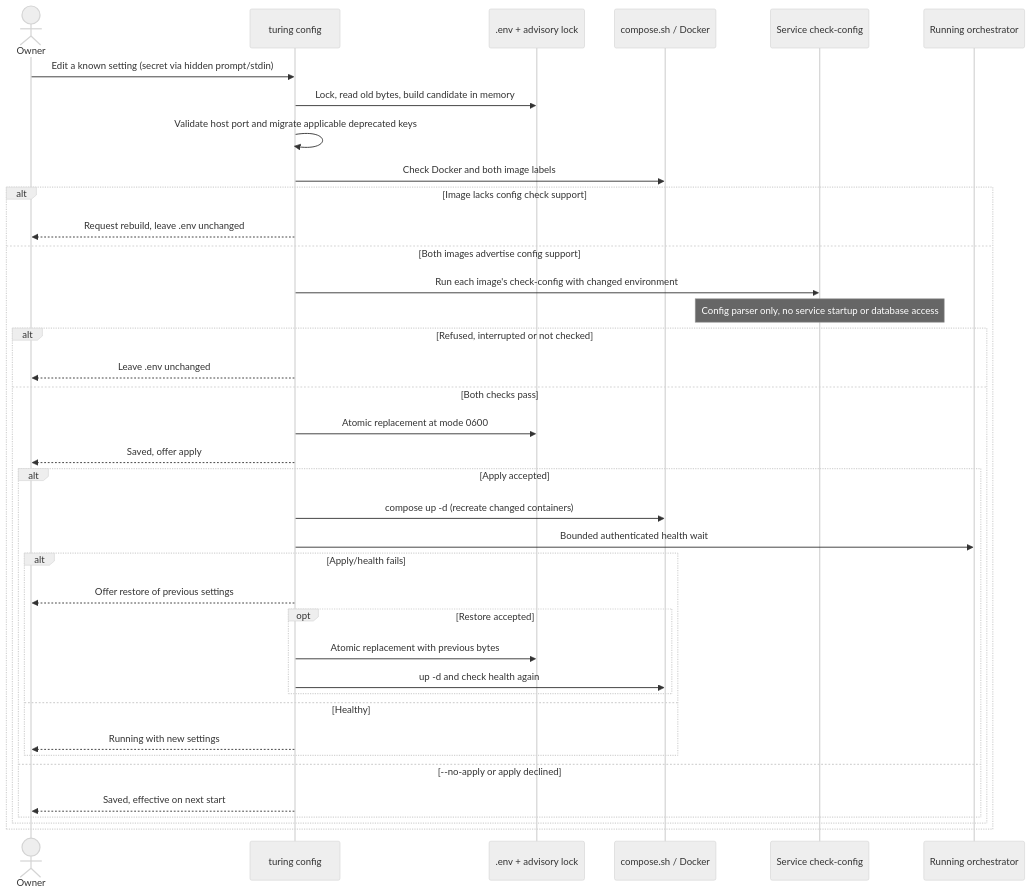
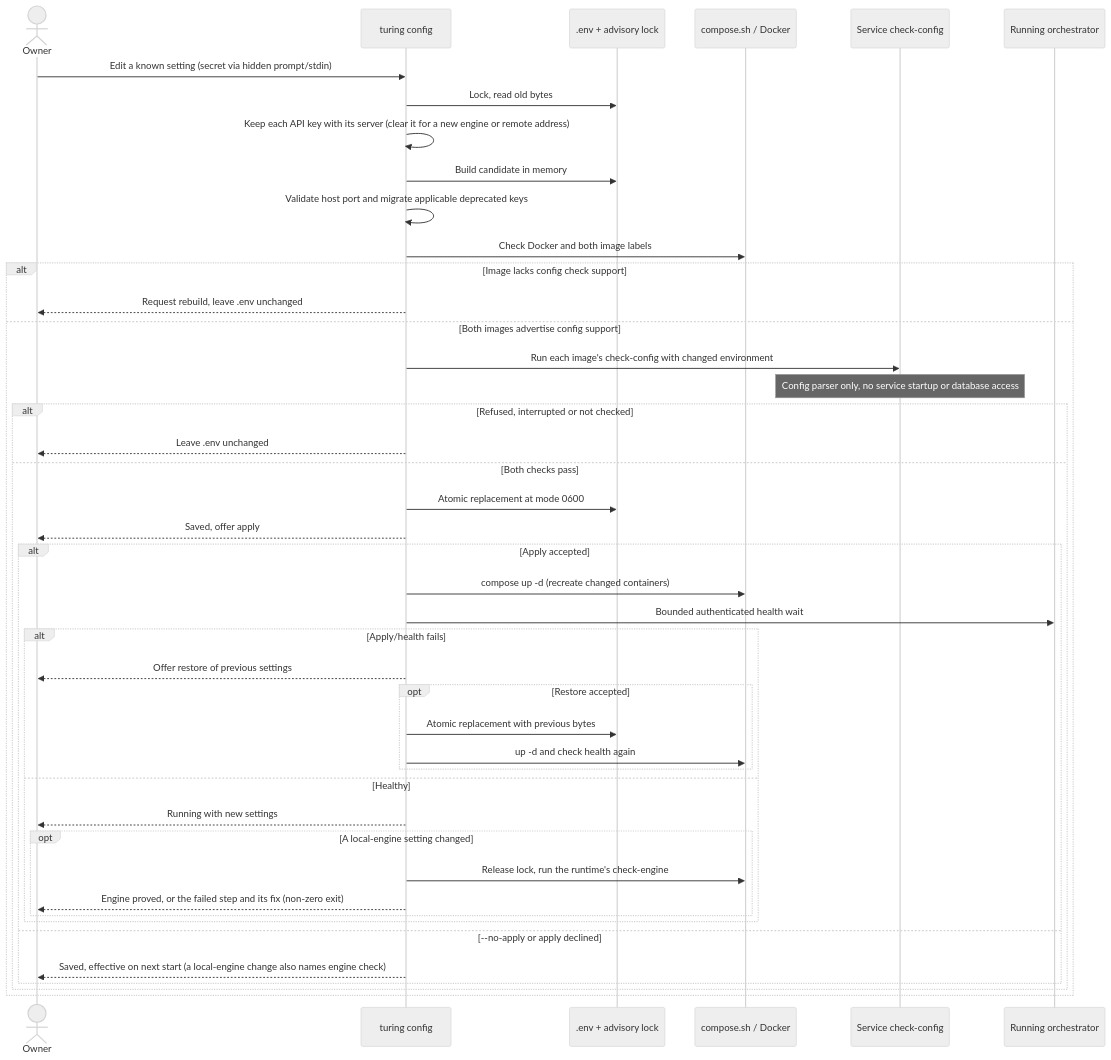
Before and after one commit to mcasillas17/TuringAgent: the second of 5 diagrams in docs/architecture/system-flows.md, drawn with Mermaid (neutral theme). The commit also changed other lines of this file and 10 other files, not shown here.

````diff
--- a/docs/architecture/system-flows.md
+++ b/docs/architecture/system-flows.md
@@ -98,40 +98,46 @@
 ```mermaid
 sequenceDiagram
   actor Owner
   participant CLI as turing config
   participant Env as .env + advisory lock
   participant Docker as compose.sh / Docker
   participant Check as Service check-config
   participant Health as Running orchestrator
   Owner->>CLI: Edit a known setting (secret via hidden prompt/stdin)
-  CLI->>Env: Lock, read old bytes, build candidate in memory
+  CLI->>Env: Lock, read old bytes
+  CLI->>CLI: Keep each API key with its server (clear it for a new engine or remote address)
+  CLI->>Env: Build candidate in memory
   CLI->>CLI: Validate host port and migrate applicable deprecated keys
   CLI->>Docker: Check Docker and both image labels
   alt Image lacks config check support
     CLI-->>Owner: Request rebuild, leave .env unchanged
   else Both images advertise config support
     CLI->>Check: Run each image's check-config with changed environment
     Note over Check: Config parser only, no service startup or database access
     alt Refused, interrupted or not checked
       CLI-->>Owner: Leave .env unchanged
     else Both checks pass
       CLI->>Env: Atomic replacement at mode 0600
       CLI-->>Owner: Saved, offer apply
       alt Apply accepted
         CLI->>Docker: compose up -d (recreate changed containers)
         CLI->>Health: Bounded authenticated health wait
         alt Apply/health fails
           CLI-->>Owner: Offer restore of previous settings
           opt Restore accepted
             CLI->>Env: Atomic replacement with previous bytes
             CLI->>Docker: up -d and check health again
           end
         else Healthy
           CLI-->>Owner: Running with new settings
+          opt A local-engine setting changed
+            CLI->>Docker: Release lock, run the runtime's check-engine
+            CLI-->>Owner: Engine proved, or the failed step and its fix (non-zero exit)
+          end
         end
       else --no-apply or apply declined
-        CLI-->>Owner: Saved, effective on next start
+        CLI-->>Owner: Saved, effective on next start (a local-engine change also names engine check)
       end
     end
   end
 ```
````
